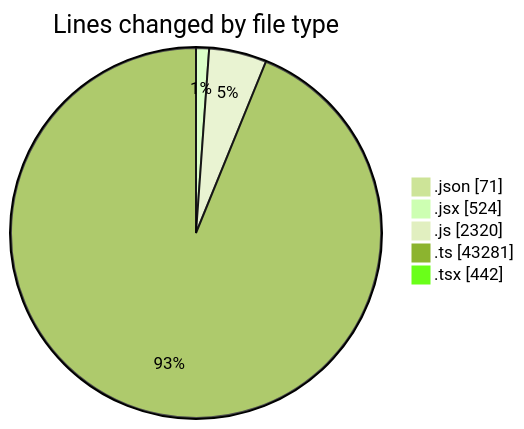
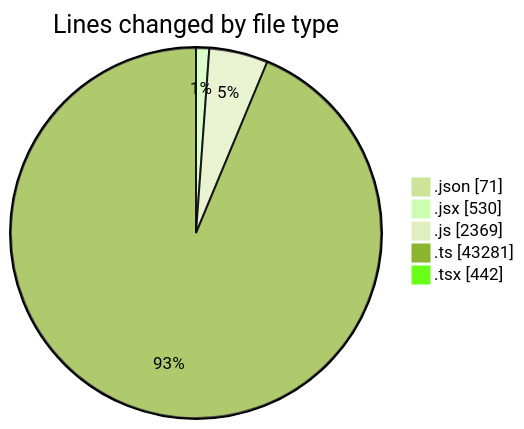
The first of 2 diagrams in 2026-03-02/cda/README.md (momahboobian/code-tracking), drawn with Mermaid (forest theme) before and after one commit. The commit also changed other lines of this file and 1 other file, not shown here.

````diff
--- a/2026-03-02/cda/README.md
+++ b/2026-03-02/cda/README.md
@@ -32,9 +32,9 @@
 ```mermaid
 pie showData
 title Lines changed by file type
 ".json" : 71
-".jsx" : 524
-".js" : 2320
+".jsx" : 530
+".js" : 2369
 ".ts" : 43281
 ".tsx" : 442
 ```
````
